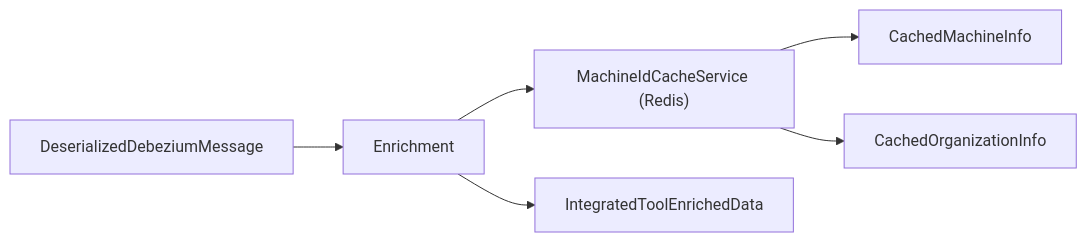
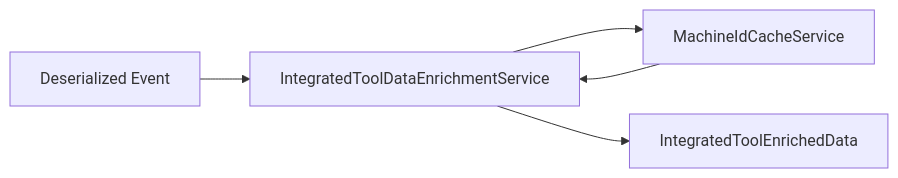
Before and after one commit to Praesto-Pro/openframe-oss-tenant: the diagram in docs/architecture/diagrams/stream-service-core-3.mmd, drawn with Mermaid. The commit also changed 174 other files, not shown here.

```diff
--- a/docs/architecture/diagrams/stream-service-core-3.mmd
+++ b/docs/architecture/diagrams/stream-service-core-3.mmd
@@ -1,6 +1,5 @@
 flowchart LR
-    DebeziumMsg["DeserializedDebeziumMessage"] --> Enrichment
-    Enrichment --> Cache["MachineIdCacheService (Redis)"]
-    Cache --> MachineInfo["CachedMachineInfo"]
-    Cache --> OrgInfo["CachedOrganizationInfo"]
+    Event["Deserialized Event"] --> Enrichment["IntegratedToolDataEnrichmentService"]
+    Enrichment --> Redis["MachineIdCacheService"]
+    Redis --> Enrichment
     Enrichment --> Enriched["IntegratedToolEnrichedData"]
```
